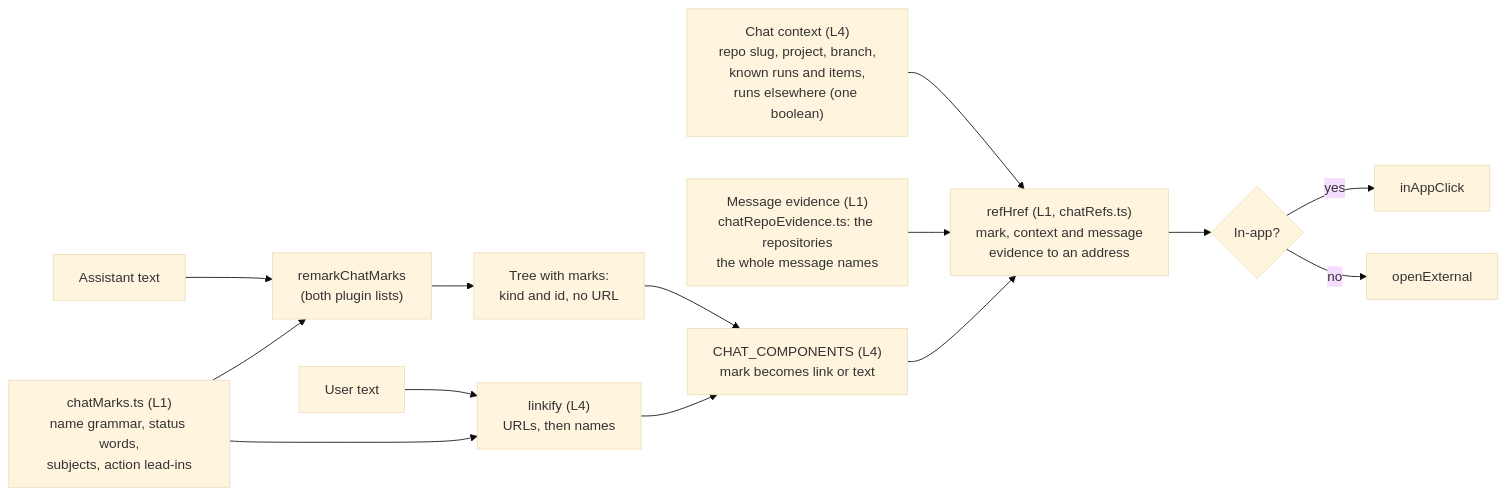
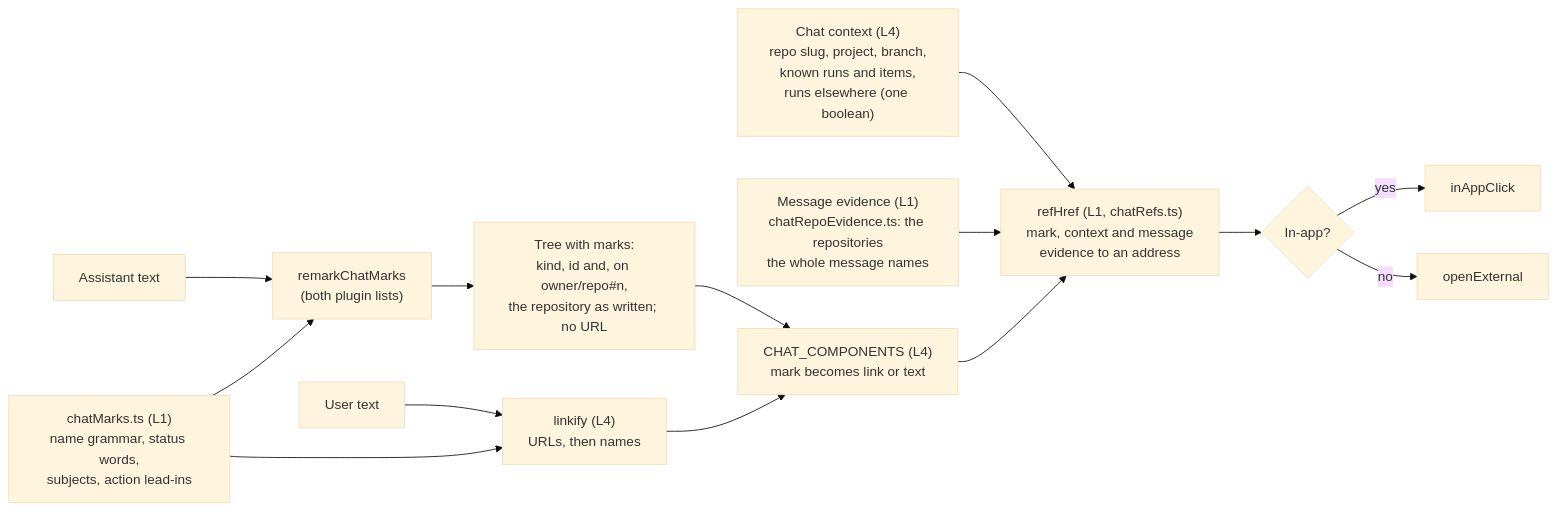
One commit to Synapsium-Labs/ccrc-pwa changed the third of 3 diagrams in docs/superpowers/specs/2026-11-06-chat-reading-design.md. Above: the diagram before and after it, drawn with Mermaid (base theme). The commit also changed other lines of this file and 8 other files, not shown here.

````diff
--- a/docs/superpowers/specs/2026-11-06-chat-reading-design.md
+++ b/docs/superpowers/specs/2026-11-06-chat-reading-design.md
@@ -173,16 +173,16 @@
 ```mermaid
 flowchart LR
   f3A["Assistant text"] --> f3P["remarkChatMarks<br/>(both plugin lists)"]
   f3G["chatMarks.ts (L1)<br/>name grammar, status words,<br/>subjects, action lead-ins"] --> f3P
-  f3P --> f3H["Tree with marks:<br/>kind and id, no URL"]
+  f3P --> f3H["Tree with marks:<br/>kind, id and, on owner/repo#n,<br/>the repository as written; no URL"]
   f3H --> f3R["CHAT_COMPONENTS (L4)<br/>mark becomes link or text"]
   f3U["User text"] --> f3LK["linkify (L4)<br/>URLs, then names"]
   f3G --> f3LK
   f3LK --> f3R
   f3X["Chat context (L4)<br/>repo slug, project, branch,<br/>known runs and items,<br/>runs elsewhere (one boolean)"] --> f3RH["refHref (L1, chatRefs.ts)<br/>mark, context and message<br/>evidence to an address"]
   f3M["Message evidence (L1)<br/>chatRepoEvidence.ts: the repositories<br/>the whole message names"] --> f3RH
   f3R --> f3RH
   f3RH --> f3N{"In-app?"}
   f3N -- "yes" --> f3IA["inAppClick"]
   f3N -- "no" --> f3EX["openExternal"]
 ```
````
